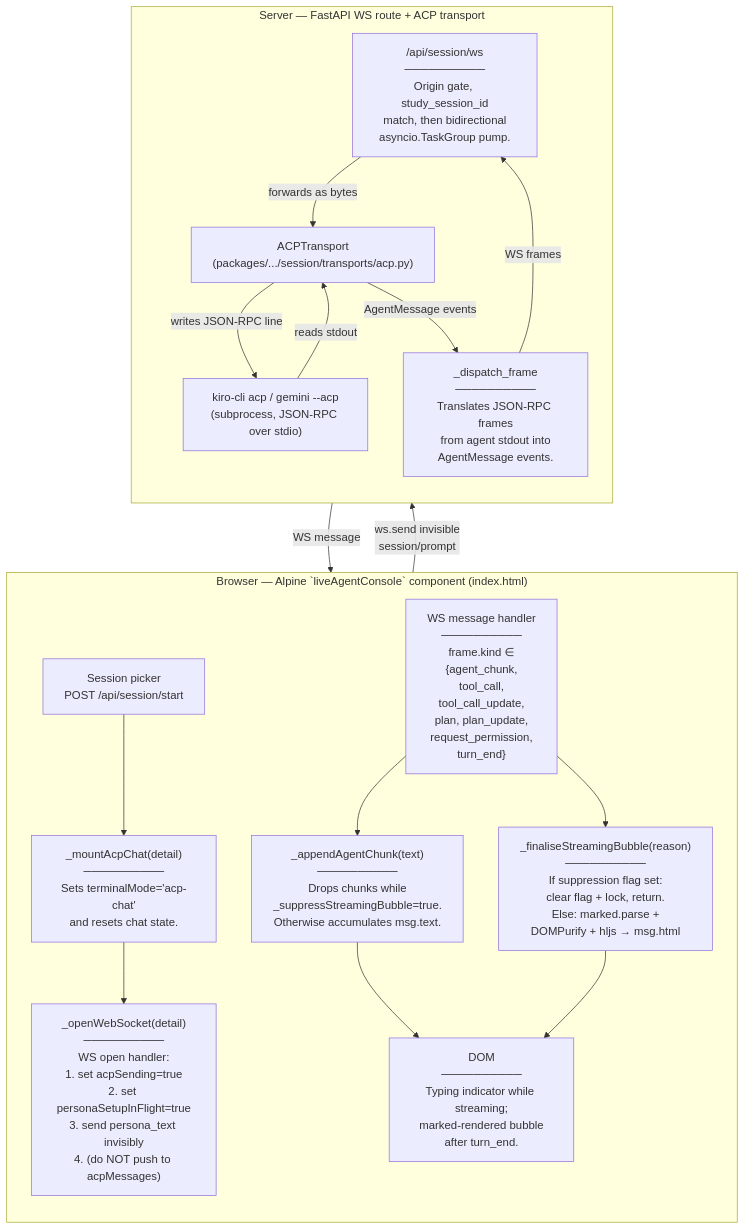
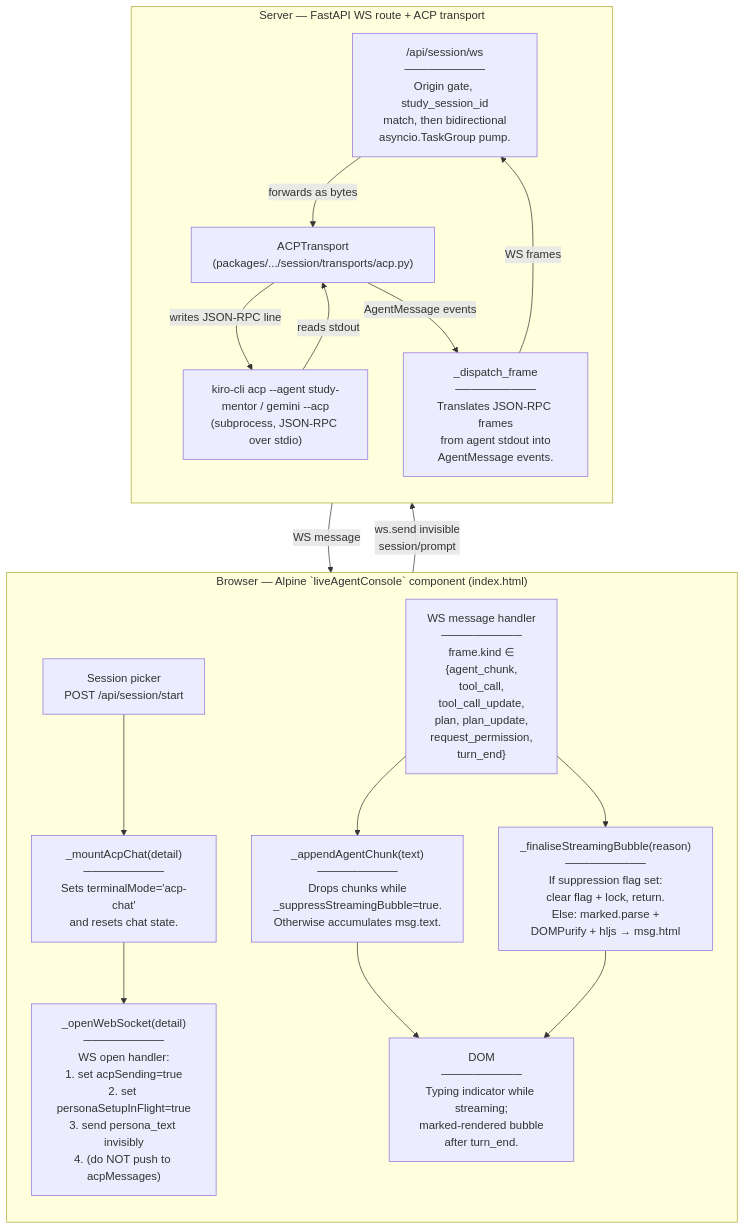
Before and after one commit to NetDevAutomate/StudyLoop: the fifth of 13 diagrams in docs/architecture/current.md, drawn with Mermaid. The commit also changed other lines of this file and 31 other files, not shown here.

````diff
--- a/docs/architecture/current.md
+++ b/docs/architecture/current.md
@@ -309,34 +309,34 @@
 ```mermaid
 flowchart TB
     subgraph "Browser — Alpine `liveAgentConsole` component (index.html)"
       direction TB
       Picker["Session picker<br/>POST /api/session/start"]
       Mount["_mountAcpChat(detail)<br/>──────────<br/>Sets terminalMode='acp-chat'<br/>and resets chat state."]
       OpenWS["_openWebSocket(detail)<br/>──────────<br/>WS open handler:<br/>1. set acpSending=true<br/>2. set personaSetupInFlight=true<br/>3. send persona_text invisibly<br/>4. (do NOT push to acpMessages)"]
       Dispatch["WS message handler<br/>──────────<br/>frame.kind ∈<br/>{agent_chunk,<br/>tool_call,<br/>tool_call_update,<br/>plan, plan_update,<br/>request_permission,<br/>turn_end}"]
       Append["_appendAgentChunk(text)<br/>──────────<br/>Drops chunks while<br/>_suppressStreamingBubble=true.<br/>Otherwise accumulates msg.text."]
       Finalise["_finaliseStreamingBubble(reason)<br/>──────────<br/>If suppression flag set:<br/>clear flag + lock, return.<br/>Else: marked.parse +<br/>DOMPurify + hljs → msg.html"]
       Render["DOM<br/>──────────<br/>Typing indicator while streaming;<br/>marked-rendered bubble<br/>after turn_end."]
     end
 
     subgraph "Server — FastAPI WS route + ACP transport"
       direction TB
       Route["/api/session/ws<br/>──────────<br/>Origin gate, study_session_id<br/>match, then bidirectional<br/>asyncio.TaskGroup pump."]
       Transport["ACPTransport<br/>(packages/.../session/transports/acp.py)"]
       DispatchFrame["_dispatch_frame<br/>──────────<br/>Translates JSON-RPC frames<br/>from agent stdout into<br/>AgentMessage events."]
-      AgentProc["kiro-cli acp / gemini --acp<br/>(subprocess, JSON-RPC over stdio)"]
+      AgentProc["kiro-cli acp --agent study-mentor / gemini --acp<br/>(subprocess, JSON-RPC over stdio)"]
     end
 
     Picker --> Mount --> OpenWS
     OpenWS -->|"ws.send invisible<br/>session/prompt"| Route
     Route -->|"forwards as bytes"| Transport
     Transport -->|"writes JSON-RPC line"| AgentProc
     AgentProc -->|"reads stdout"| Transport
     Transport -->|"AgentMessage events"| DispatchFrame
     DispatchFrame -->|"WS frames"| Route
     Route -->|"WS message"| Dispatch
     Dispatch --> Append
     Dispatch --> Finalise
     Append --> Render
     Finalise --> Render
 ```
````
